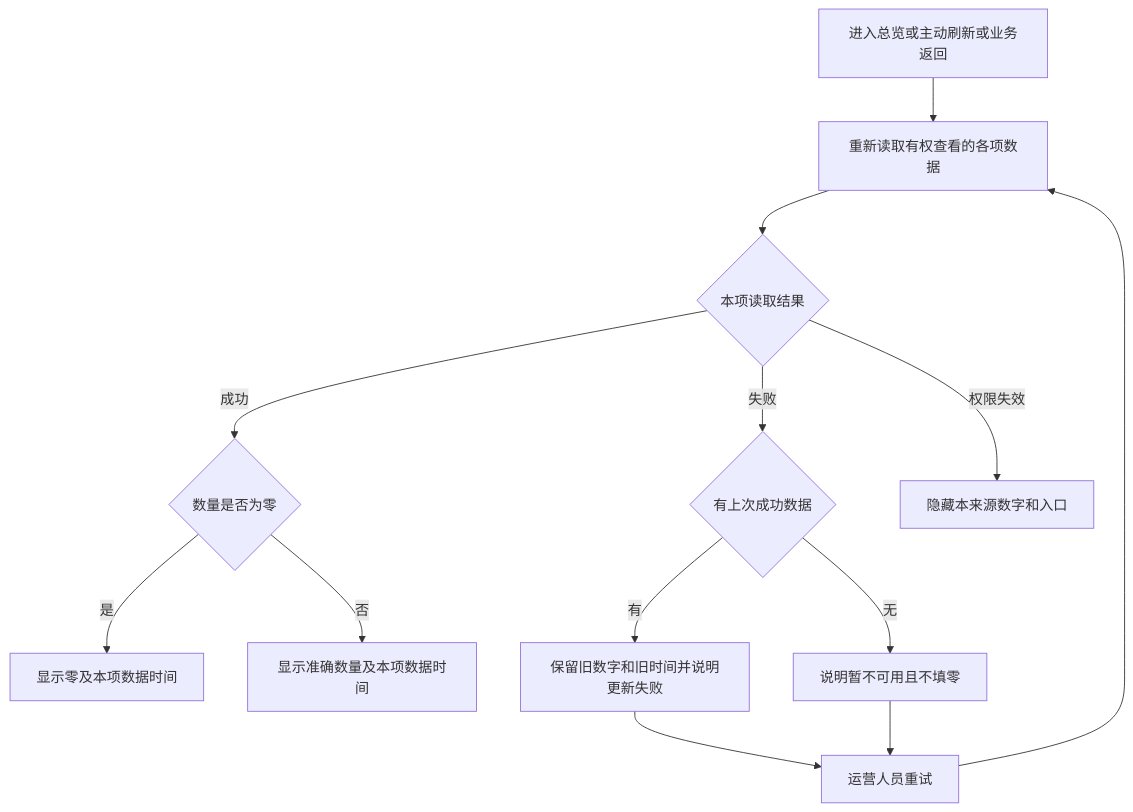
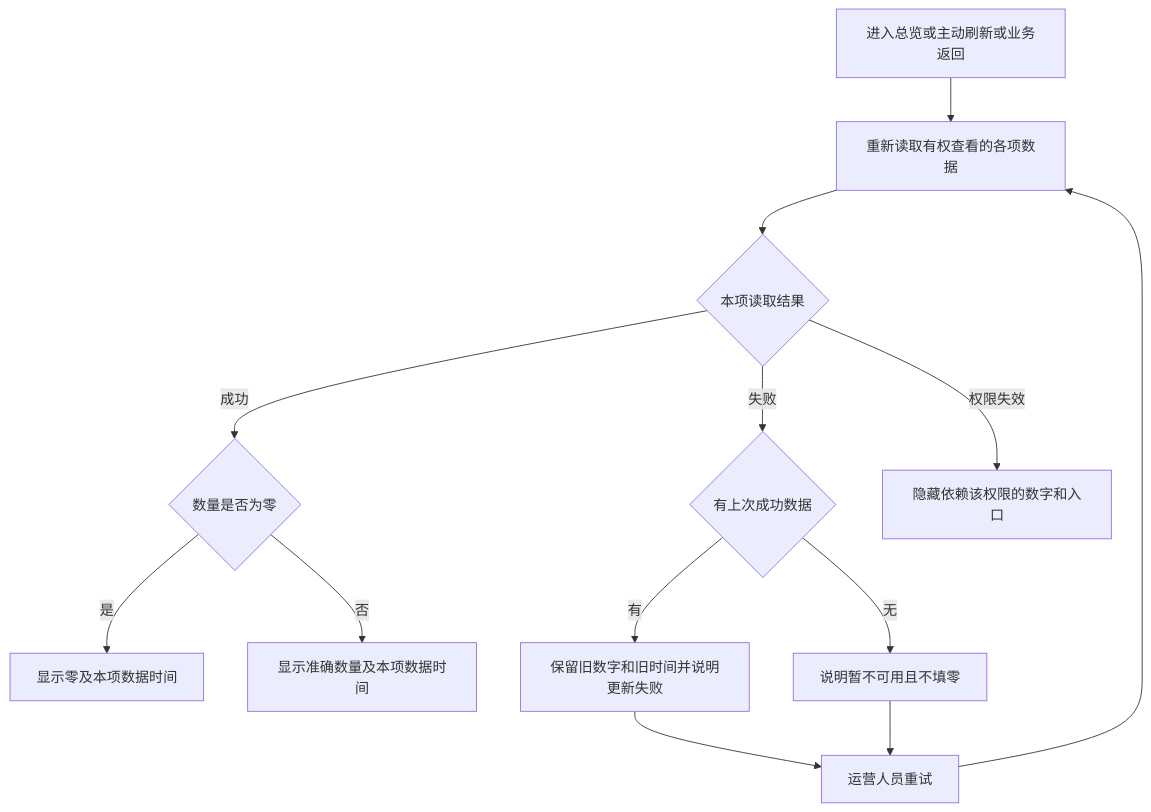
The second of 2 diagrams in lending-platform/PRD/运营端/08-运营端总览/02-运营端总览-流程图与状态机.md (wxblockchain/Chain-Financing), drawn with Mermaid before and after one commit. The commit also changed other lines of this file and 2 other files, not shown here.

````diff
--- a/lending-platform/PRD/运营端/08-运营端总览/02-运营端总览-流程图与状态机.md
+++ b/lending-platform/PRD/运营端/08-运营端总览/02-运营端总览-流程图与状态机.md
@@ -42,15 +42,15 @@
 ```mermaid
 flowchart TD
     A[进入总览或主动刷新或业务返回] --> B[重新读取有权查看的各项数据]
     B --> C{本项读取结果}
     C -->|成功| D{数量是否为零}
     D -->|是| E[显示零及本项数据时间]
     D -->|否| F[显示准确数量及本项数据时间]
     C -->|失败| G{有上次成功数据}
     G -->|有| H[保留旧数字和旧时间并说明更新失败]
     G -->|无| I[说明暂不可用且不填零]
     H --> J[运营人员重试]
     I --> J
     J --> B
-    C -->|权限失效| K[隐藏本来源数字和入口]
+    C -->|权限失效| K[隐藏依赖该权限的数字和入口]
 ```
````
